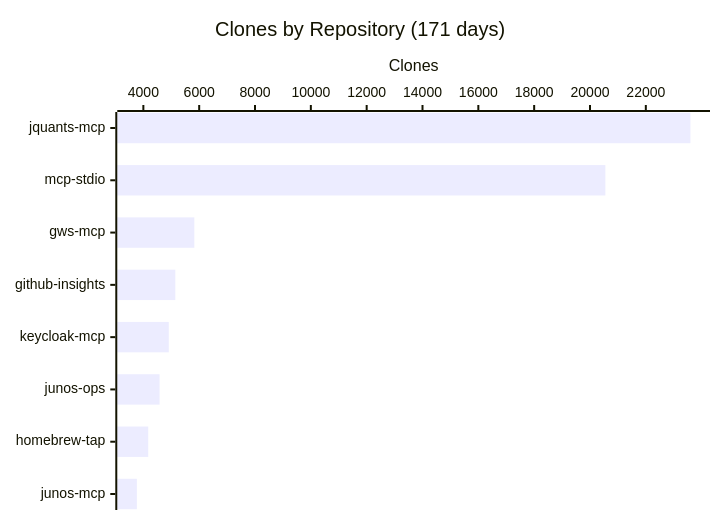
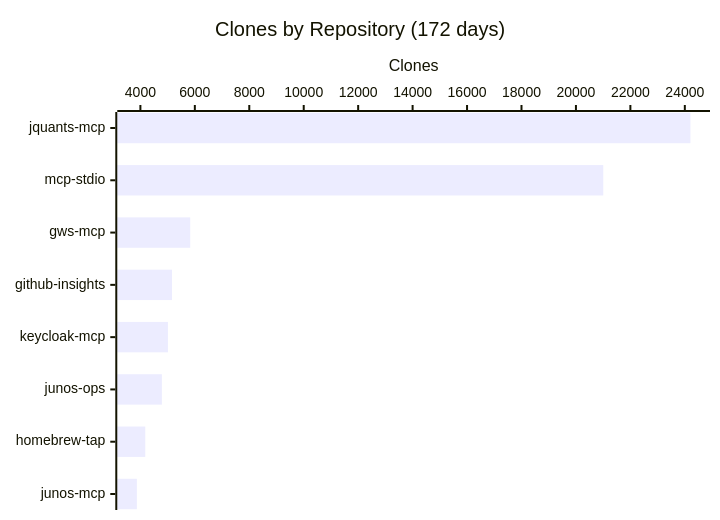
The fourth of 4 diagrams in README.md (shigechika/github-insights), drawn with Mermaid before and after one commit. The commit also changed other lines of this file and 2 other files, not shown here.

````diff
--- a/README.md
+++ b/README.md
@@ -58,7 +58,7 @@
 ```mermaid
 xychart-beta horizontal
-    title "Clones by Repository (171 days)"
+    title "Clones by Repository (172 days)"
     x-axis ["jquants-mcp", "mcp-stdio", "gws-mcp", "github-insights", "keycloak-mcp", "junos-ops", "homebrew-tap", "junos-mcp"]
     y-axis "Clones"
-    bar [23598, 20551, 5826, 5145, 4911, 4581, 4175, 3767]
+    bar [24206, 21004, 5831, 5160, 5011, 4789, 4179, 3870]
 ```
````
